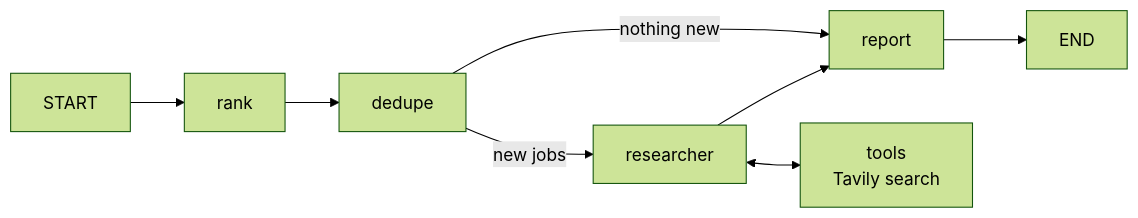
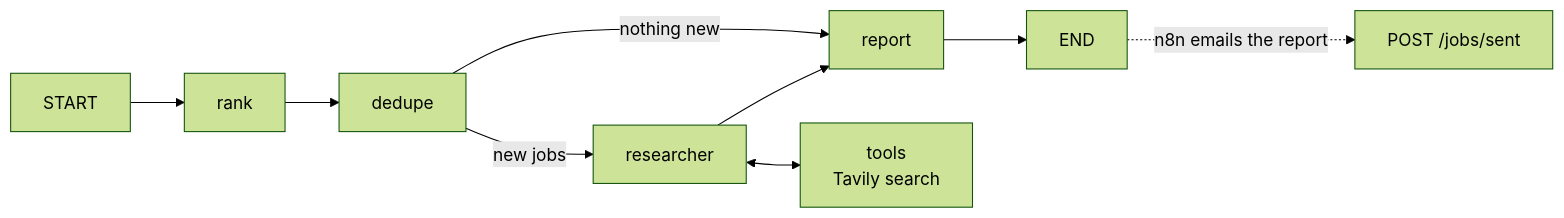
One commit to JTTrinborg/hephaestus changed the second of 4 diagrams in README.md. Above: the diagram before and after it, drawn with Mermaid (forest theme). The commit also changed other lines of this file and 10 other files, not shown here.

````diff
--- a/README.md
+++ b/README.md
@@ -58,10 +61,11 @@
 ```mermaid
 flowchart LR
     START --> rank
     rank --> dedupe
     dedupe -->|new jobs| researcher
     dedupe -->|nothing new| report
     researcher <--> tools[tools<br/>Tavily search]
     researcher --> report
     report --> END
+    END -.->|n8n emails the report| C[POST /jobs/sent]
 ```
````
